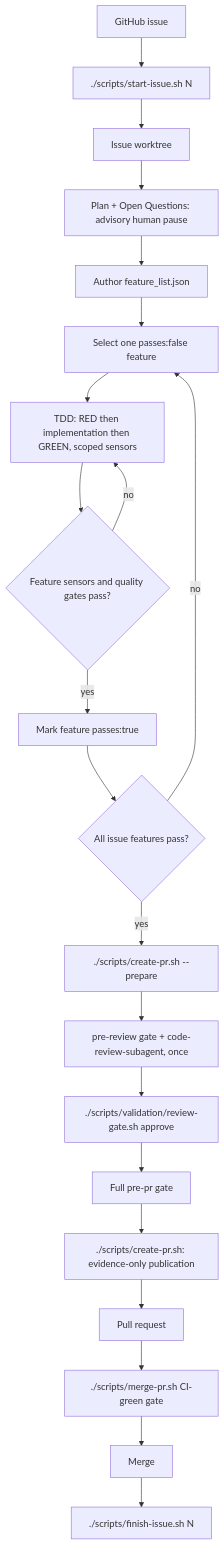
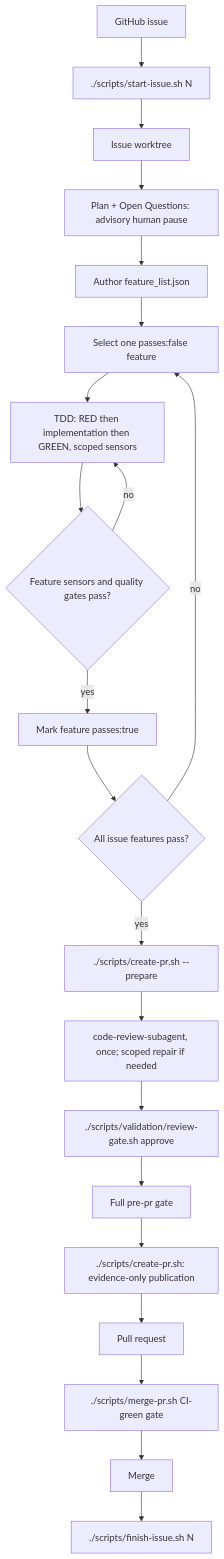
One commit to weijen/agent-delivery-harness changed the diagram in docs/HARNESS.md. Above: the diagram before and after it, drawn with Mermaid. The commit also changed other lines of this file and 20 other files, not shown here.

````diff
--- a/docs/HARNESS.md
+++ b/docs/HARNESS.md
@@ -97,23 +97,23 @@
 ```mermaid
 flowchart TD
   A[GitHub issue] --> B[./scripts/start-issue.sh N]
   B --> C[Issue worktree]
   C --> HG[Plan + Open Questions: advisory human pause]
   HG --> D[Author feature_list.json]
   D --> E[Select one passes:false feature]
   E --> F[TDD: RED then implementation then GREEN, scoped sensors]
   F --> H{Feature sensors and quality gates pass?}
   H -- no --> F
   H -- yes --> I[Mark feature passes:true]
   I --> J{All issue features pass?}
   J -- no --> E
   J -- yes --> S[./scripts/create-pr.sh --prepare]
-  S --> K[pre-review gate + code-review-subagent, once]
+  S --> K[code-review-subagent, once; scoped repair if needed]
   K --> L[./scripts/validation/review-gate.sh approve]
   L --> V[Full pre-pr gate]
   V --> M[./scripts/create-pr.sh: evidence-only publication]
   M --> N[Pull request]
   N --> Q[./scripts/merge-pr.sh CI-green gate]
   Q --> O[Merge]
   O --> P[./scripts/finish-issue.sh N]
 ```
````
